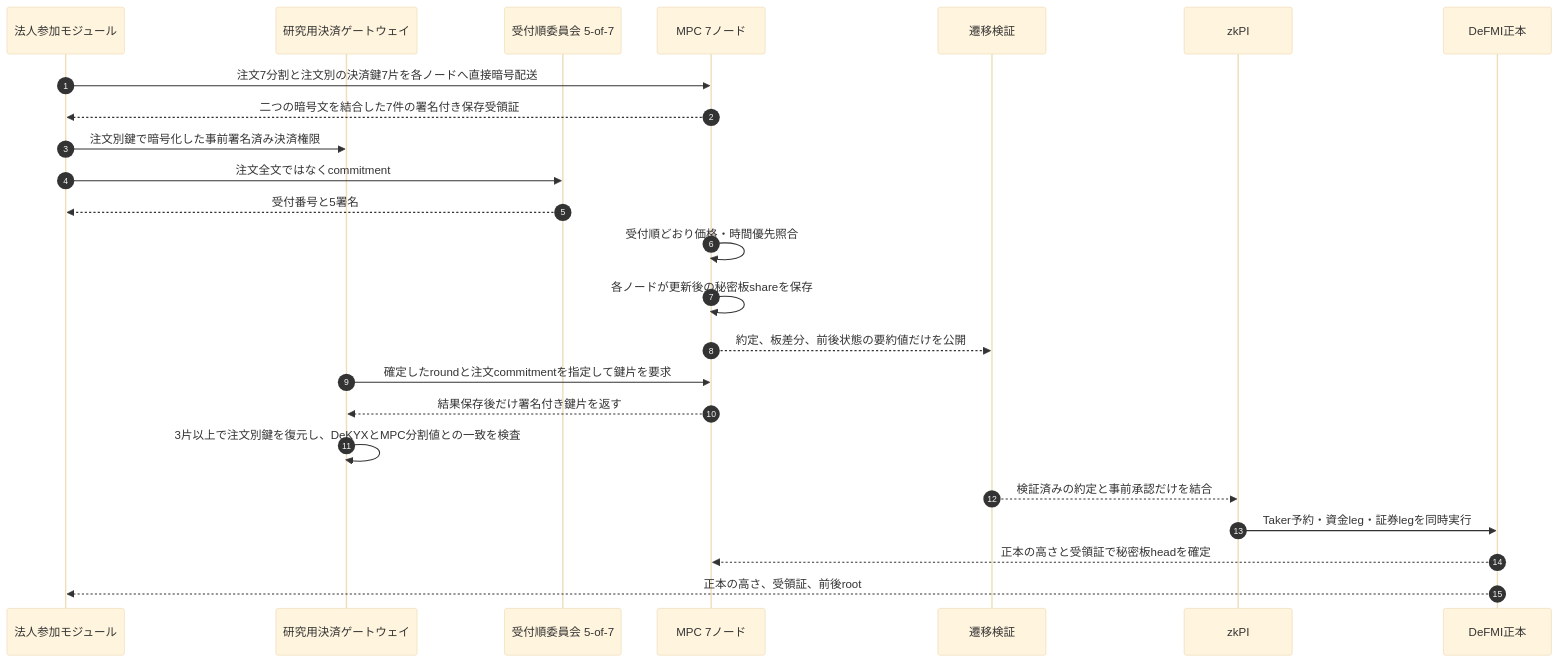
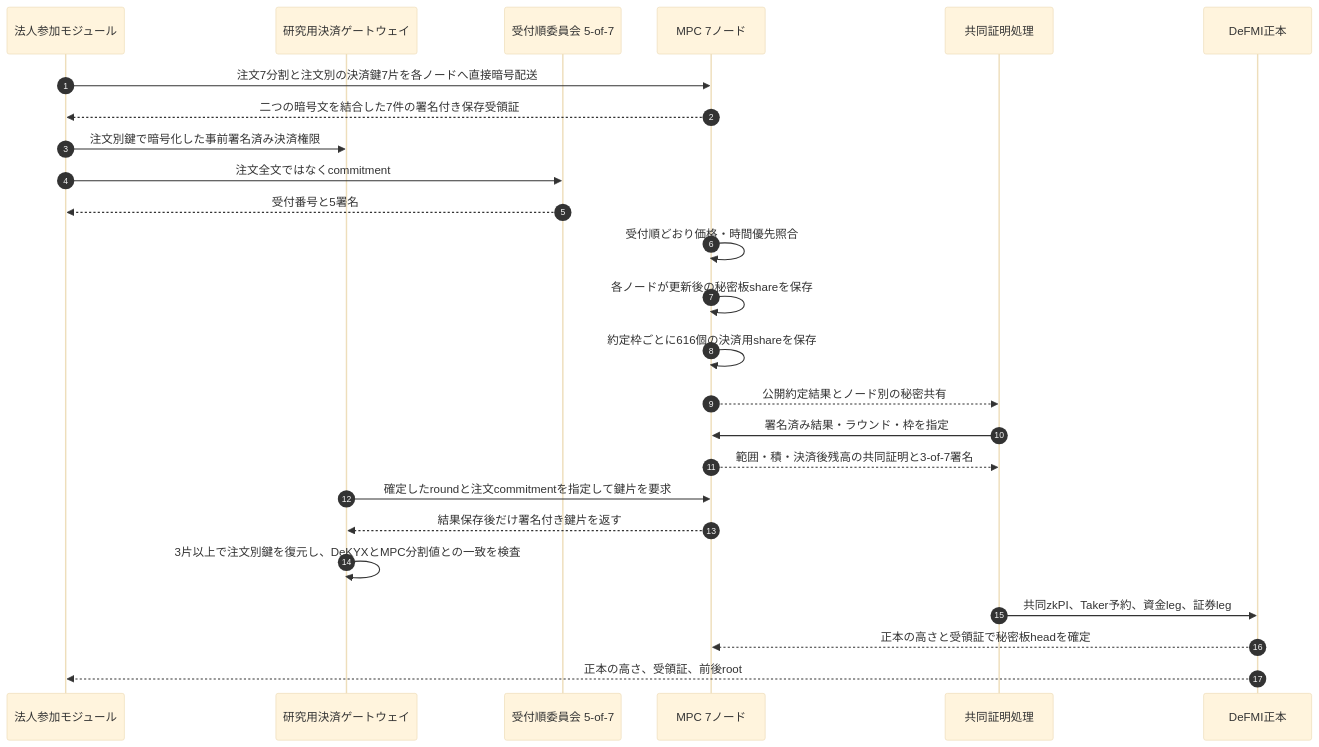
Before and after one commit to zkFMI/oclob: the first of 2 diagrams in docs/ARCHITECTURE.md, drawn with Mermaid (base theme). The commit also changed other lines of this file and 27 other files, not shown here.

````diff
--- a/docs/ARCHITECTURE.md
+++ b/docs/ARCHITECTURE.md
@@ -16,27 +16,28 @@
 ```mermaid
 sequenceDiagram
     autonumber
     participant U as 法人参加モジュール
     participant G as 研究用決済ゲートウェイ
     participant O as 受付順委員会 5-of-7
     participant M as MPC 7ノード
-    participant P as 遷移検証
-    participant Z as zkPI
+    participant P as 共同証明処理
     participant L as DeFMI正本
 
     U->>M: 注文7分割と注文別の決済鍵7片を各ノードへ直接暗号配送
     M-->>U: 二つの暗号文を結合した7件の署名付き保存受領証
     U->>G: 注文別鍵で暗号化した事前署名済み決済権限
     U->>O: 注文全文ではなくcommitment
     O-->>U: 受付番号と5署名
     M->>M: 受付順どおり価格・時間優先照合
     M->>M: 各ノードが更新後の秘密板shareを保存
-    M-->>P: 約定、板差分、前後状態の要約値だけを公開
+    M->>M: 約定枠ごとに616個の決済用shareを保存
+    M-->>P: 公開約定結果とノード別の秘密共有
+    P->>M: 署名済み結果・ラウンド・枠を指定
+    M-->>P: 範囲・積・決済後残高の共同証明と3-of-7署名
     G->>M: 確定したroundと注文commitmentを指定して鍵片を要求
     M-->>G: 結果保存後だけ署名付き鍵片を返す
     G->>G: 3片以上で注文別鍵を復元し、DeKYXとMPC分割値との一致を検査
-    P-->>Z: 検証済みの約定と事前承認だけを結合
-    Z->>L: Taker予約・資金leg・証券legを同時実行
+    P->>L: 共同zkPI、Taker予約、資金leg、証券leg
     L-->>M: 正本の高さと受領証で秘密板headを確定
     L-->>U: 正本の高さ、受領証、前後root
 ```
````
